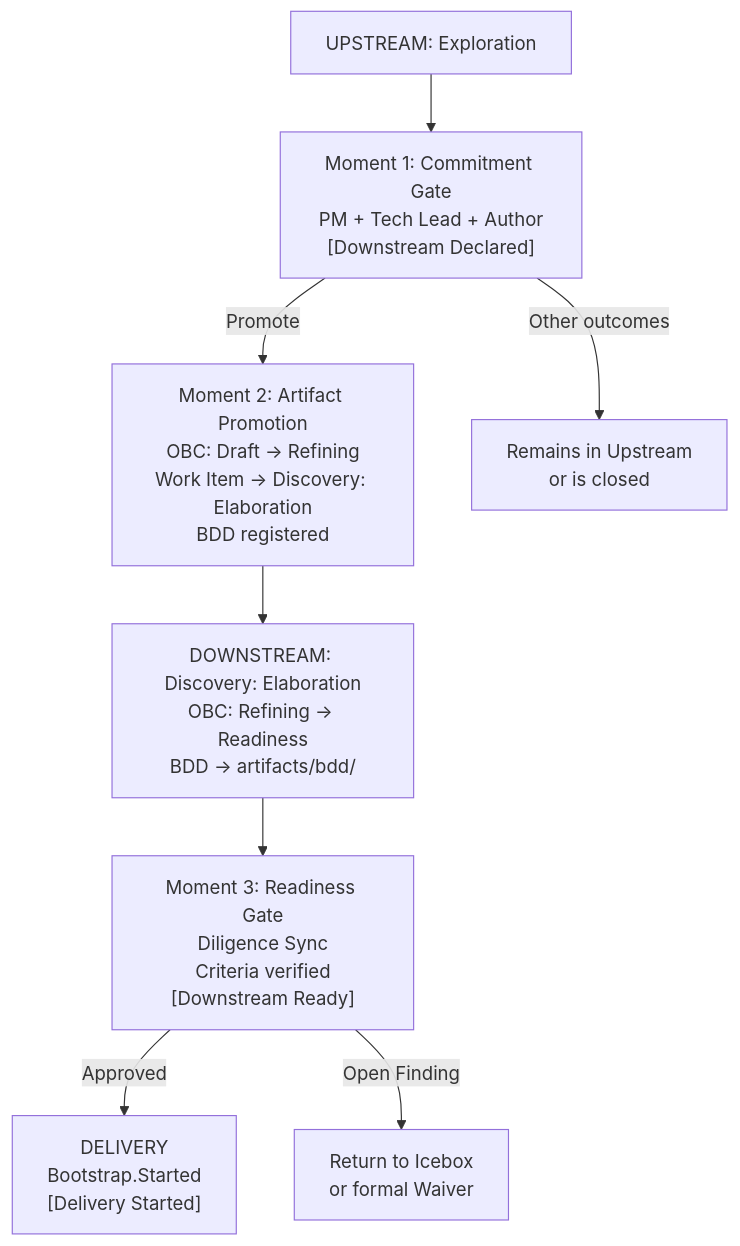
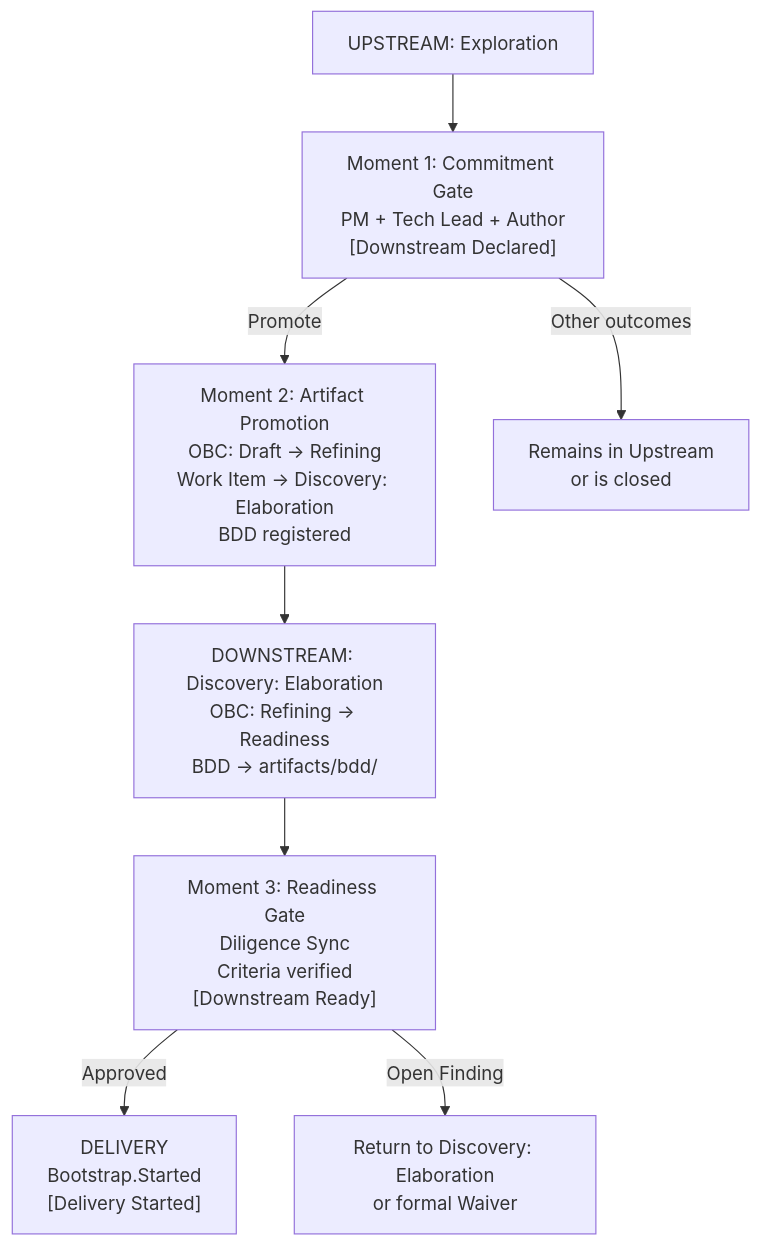
Before and after one commit to produtoreativo/from-intent-to-outcome: the first of 2 diagrams in en/chapter-06.md, drawn with Mermaid. The commit also changed other lines of this file and 9 other files, not shown here.

First line of the commit message:
fix(ciclo7): substitui referências pós-CG de Icebox por Discovery: Elaboration (PT + EN)

````diff
--- a/en/chapter-06.md
+++ b/en/chapter-06.md
@@ -21,15 +21,15 @@
 ```mermaid
 graph TD
     UP["UPSTREAM: Exploration"] --> M1
 
     M1["Moment 1: Commitment Gate\nPM + Tech Lead + Author\n[Downstream Declared]"]
     M1 -->|"Promote"| M2
     M1 -->|"Other outcomes"| UP2["Remains in Upstream\nor is closed"]
 
     M2["Moment 2: Artifact Promotion\nOBC: Draft → Refining\nWork Item → Discovery: Elaboration\nBDD registered"]
     M2 --> ICE["DOWNSTREAM: Discovery: Elaboration\nOBC: Refining → Readiness\nBDD → artifacts/bdd/"]
 
     ICE --> M3["Moment 3: Readiness Gate\nDiligence Sync\nCriteria verified\n[Downstream Ready]"]
     M3 -->|"Approved"| DEL["DELIVERY\nBootstrap.Started\n[Delivery Started]"]
-    M3 -->|"Open Finding"| BLOCK["Return to Icebox\nor formal Waiver"]
+    M3 -->|"Open Finding"| BLOCK["Return to Discovery: Elaboration\nor formal Waiver"]
 ```
````
